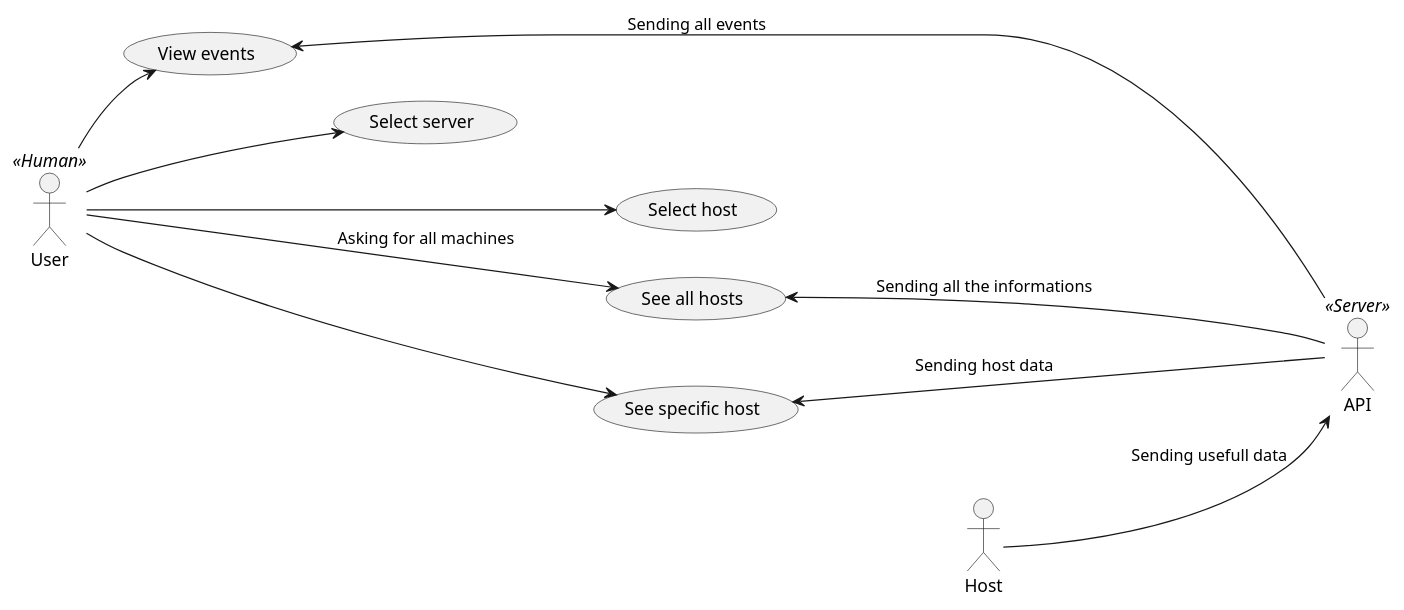
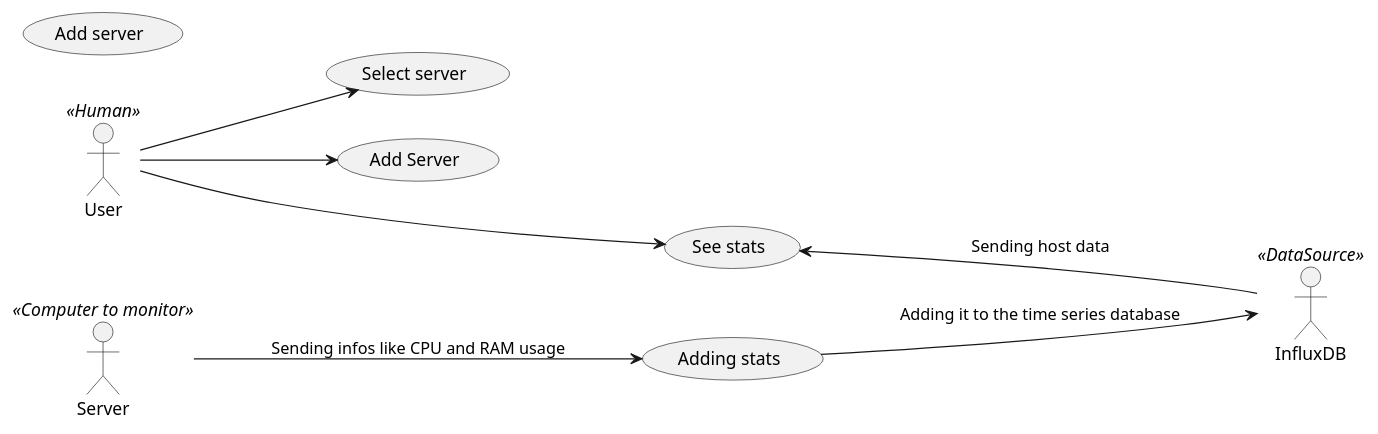
The diagram in doc/plantuml diagrams/src/useCases.puml (ILikeBananas/ILBSYS_android), drawn with PlantUML before and after one commit. The commit also changed 11 other files, not shown here.

```diff
--- a/doc/plantuml diagrams/src/useCases.puml
+++ b/doc/plantuml diagrams/src/useCases.puml
@@ -5,26 +5,23 @@
 @startuml
 left to right direction
 :User: << Human >>
-:API: << Server >>
-(View events)
-User -> (View events) : Request all events
-(View events) <- API : Sending all events
+:InfluxDB: << DataSource >>
+:Server: <<Computer to monitor>>
+
 
 (Select server)
 User --> (Select server)
 
-(Select host)
-User ---> (Select host)
+(Add server)
+User --> (Add Server)
 
-(See all hosts)
-User ---> (See all hosts) : Asking for all machines
-(See all hosts) <--- API : Sending all the informations 
 
-(See specific host)
-User ---> (See specific host)
-(See specific host) <--- API : Sending host data
+(See stats)
+User ---> (See stats)
+(See stats) <--- InfluxDB : Sending host data
 
-:Host:
-Host -down-> API : Sending usefull data
+(Adding stats)
+Server ---> (Adding stats) : Sending infos like CPU and RAM usage
+(Adding stats) ---> InfluxDB : Adding it to the time series database
 
 @enduml
```
